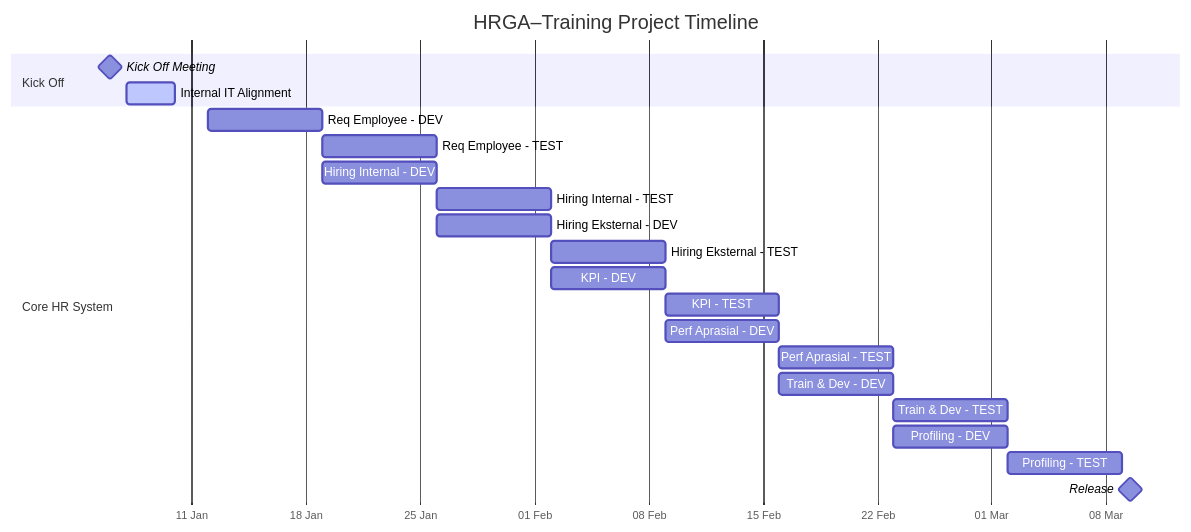
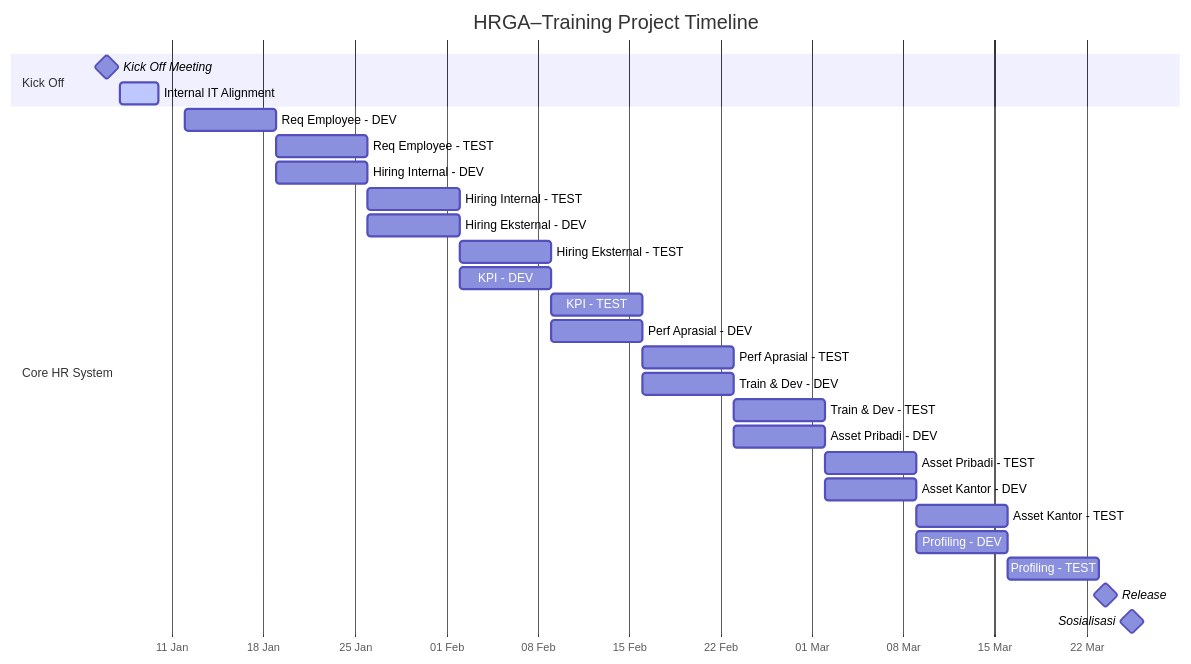
One commit to adelineafgr/project changed the second of 2 diagrams in hrga/corporate_services.md. Above: the diagram before and after it, drawn with Mermaid.

Commit message:
timeline

````diff
--- a/hrga/corporate_services.md
+++ b/hrga/corporate_services.md
@@ -111,35 +111,42 @@
 ```mermaid
 gantt
     title HRGA–Training Project Timeline
     dateFormat  YYYY-MM-DD
     axisFormat  %d %b
 
     section Kick Off
     Kick Off Meeting           :milestone, ko, 2026-01-05, 2d
     Internal IT Alignment      :active, ko2, 2026-01-07, 3d
 
     section Core HR System
     Req Employee - DEV          :re_dev, 2026-01-12, 7d
     Req Employee - TEST         :re_test, 2026-01-19, 7d
 
     Hiring Internal - DEV           :hi_dev, 2026-01-19, 7d
     Hiring Internal - TEST          :hi_test, 2026-01-26, 7d
 
     Hiring Eksternal - DEV          :he_dev, 2026-01-26, 7d
     Hiring Eksternal - TEST         :he_test, 2026-02-02, 7d
 
     KPI - DEV                       :kpi_dev, 2026-02-02, 7d
     KPI - TEST                      :kpi_test, 2026-02-09, 7d
 
-    Perf Aprasial - DEV      :pa_dev, 2026-02-09, 7d
-    Perf Aprasial - TEST     :pa_test, 2026-02-16, 7d
+    Perf Aprasial - DEV             :pa_dev, 2026-02-09, 7d
+    Perf Aprasial - TEST            :pa_test, 2026-02-16, 7d
 
-    Train & Dev - DEV    :td_dev, 2026-02-16, 7d
-    Train & Dev - TEST   :td_test, 2026-02-23, 7d
+    Train & Dev - DEV               :td_dev, 2026-02-16, 7d
+    Train & Dev - TEST              :td_test, 2026-02-23, 7d
 
-    Profiling - DEV        :td_dev, 2026-02-23, 7d
-    Profiling - TEST        :td_test, 2026-03-02, 7d
+    Asset Pribadi - DEV             : self_dev, 2026-02-23, 7d
+    Asset Pribadi - TEST            : self_test, 2026-03-02, 7d
 
-    Release                         :milestone, Vr, 2026-03-09, 1d
+    Asset Kantor - DEV              : office_dev, 2026-03-02, 7d
+    Asset Kantor - TEST             : office_test, 2026-03-09, 7d
+
+    Profiling - DEV                 :td_dev, 2026-03-09, 7d
+    Profiling - TEST                :td_test, 2026-03-16, 7d
+
+    Release                         : milestone, Vr, 2026-03-23, 1d
+    Sosialisasi                     : milestone, Vr, 2026-03-25, 1d
 
 ```
````
